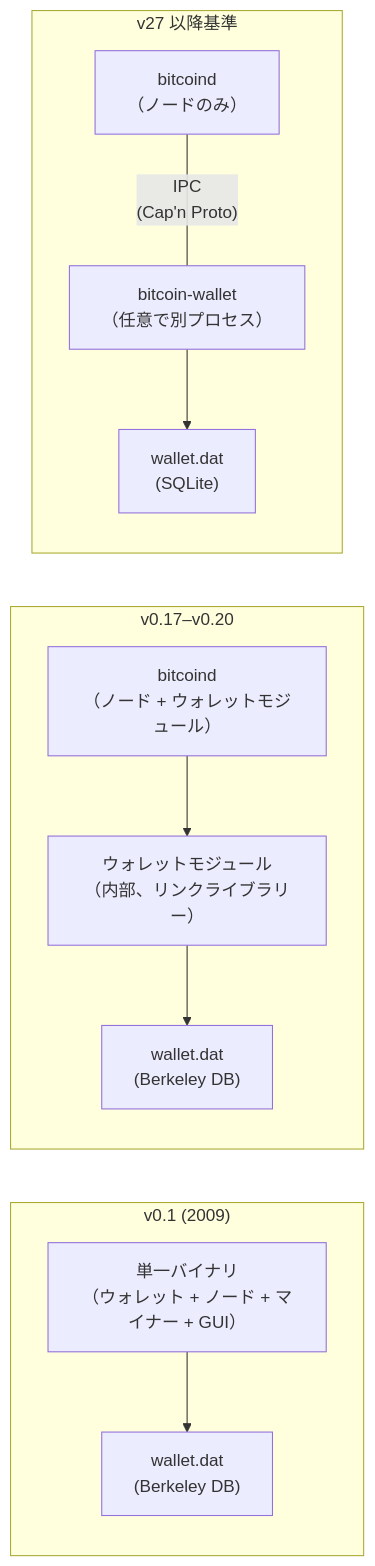
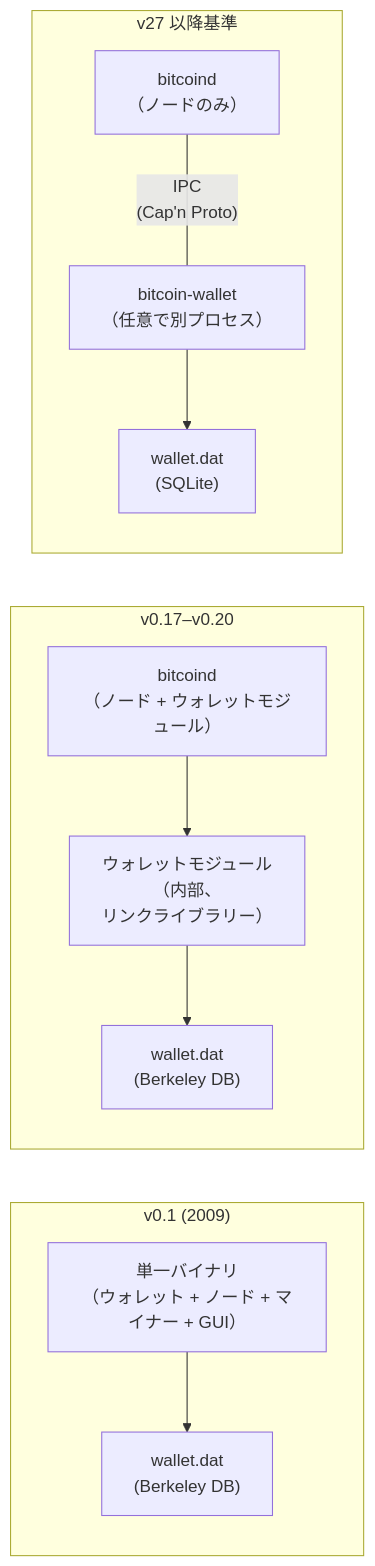
Before and after one commit to cypher256/BitcoinArchive: the seventh of 7 diagrams in src/data/translations/ja/design/2009-01-03-bitcoin-wallet-design.md, drawn with Mermaid. The commit also changed other lines of this file and 11 other files, not shown here.

First line of the commit message:
JA Mermaid labels: wrap long CJK labels (mermaid-ja-wrap, 12 design docs)

````diff
--- a/src/data/translations/ja/design/2009-01-03-bitcoin-wallet-design.md
+++ b/src/data/translations/ja/design/2009-01-03-bitcoin-wallet-design.md
@@ -319,27 +319,27 @@
 ```mermaid
 flowchart LR
     subgraph V01["v0.1 (2009)"]
         direction TB
-        MONO["単一バイナリ\n（ウォレット + ノード + マイナー + GUI）"]
+        MONO["単一バイナリ<br/>（ウォレット + ノード + マイナー + GUI）"]
         BDB["wallet.dat\n(Berkeley DB)"]
         MONO --> BDB
     end
 
     subgraph V18["v0.17–v0.20"]
         direction TB
-        NODE1["bitcoind\n（ノード + ウォレットモジュール）"]
-        W1["ウォレットモジュール\n（内部、リンクライブラリー）"]
+        NODE1["bitcoind<br/>（ノード + ウォレットモジュール）"]
+        W1["ウォレットモジュール<br/>（内部、<br/>リンクライブラリー）"]
         BDB2["wallet.dat\n(Berkeley DB)"]
         NODE1 --> W1
         W1 --> BDB2
     end
 
     subgraph V27["v27 以降基準"]
         direction TB
-        NODE2["bitcoind\n（ノードのみ）"]
-        W2["bitcoin-wallet\n（任意で別プロセス）"]
+        NODE2["bitcoind<br/>（ノードのみ）"]
+        W2["bitcoin-wallet<br/>（任意で別プロセス）"]
         SQL["wallet.dat\n(SQLite)"]
         NODE2 -- "IPC\n(Cap'n Proto)" --- W2
         W2 --> SQL
     end
 ```
````
